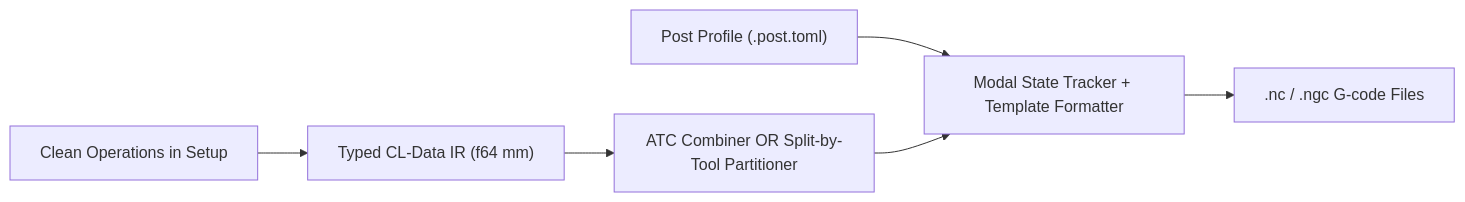
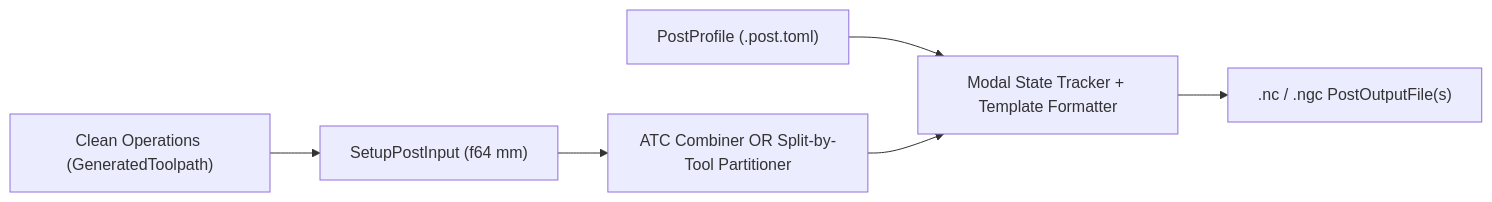
One commit to rk29/ChipCutter changed the diagram in specs/07-post-processor.md. Above: the diagram before and after it, drawn with Mermaid. The commit also changed other lines of this file and 10 other files, not shown here.

````diff
--- a/specs/07-post-processor.md
+++ b/specs/07-post-processor.md
@@ -6,8 +6,8 @@
 ```mermaid
 flowchart LR
-    TP["Clean Operations in Setup"] --> CL["Typed CL-Data IR (f64 mm)"]
-    CL --> SPLIT["ATC Combiner OR Split-by-Tool Partitioner"]
-    TOML["Post Profile (.post.toml)"] --> FMT["Modal State Tracker + Template Formatter"]
+    TP["Clean Operations (GeneratedToolpath)"] --> IN["SetupPostInput (f64 mm)"]
+    IN --> SPLIT["ATC Combiner OR Split-by-Tool Partitioner"]
+    TOML["PostProfile (.post.toml)"] --> FMT["Modal State Tracker + Template Formatter"]
     SPLIT --> FMT
-    FMT --> NC[".nc / .ngc G-code Files"]
+    FMT --> NC[".nc / .ngc PostOutputFile(s)"]
 ```
````
